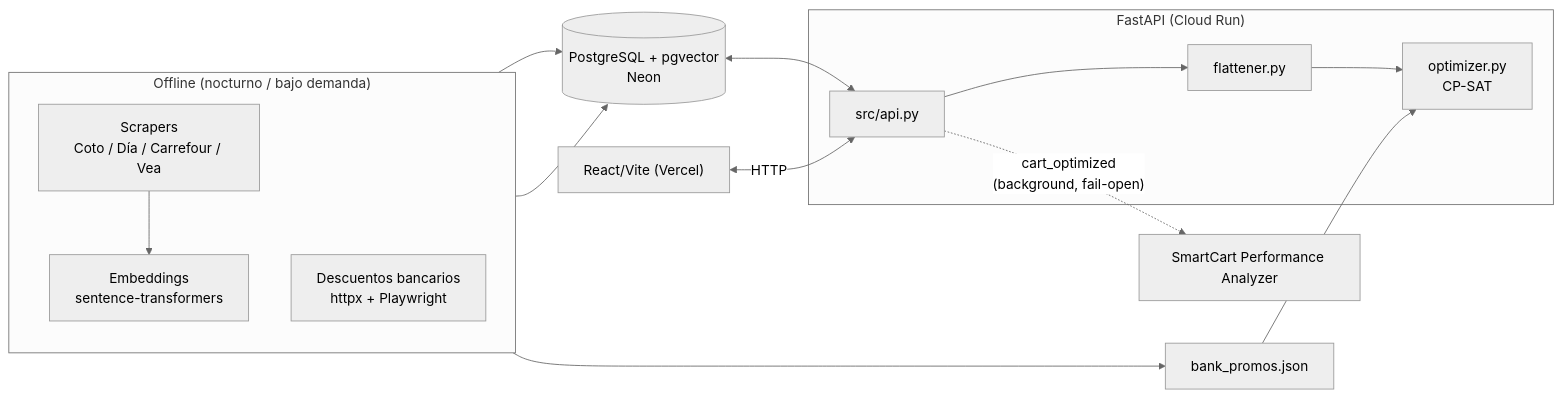
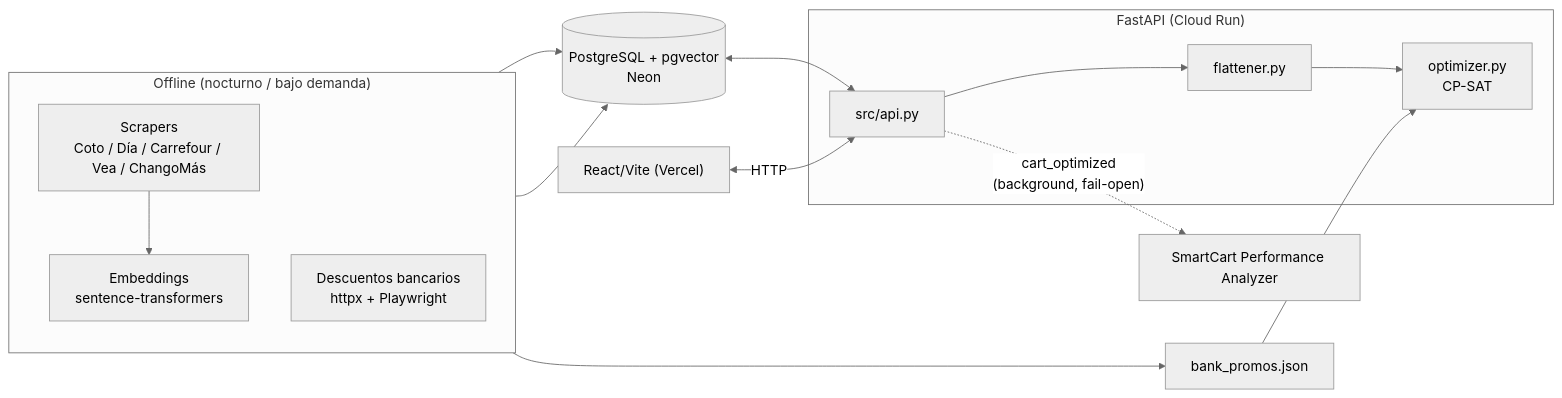
One commit to aviollaz/SmartCart changed the diagram in docs/arquitectura.md. Above: the diagram before and after it, drawn with Mermaid (neutral theme). The commit also changed other lines of this file and 27 other files, not shown here.

First line of the commit message:
feat(changomas): ChangoMás como quinta tienda

````diff
--- a/docs/arquitectura.md
+++ b/docs/arquitectura.md
@@ -25,31 +25,31 @@
 ```mermaid
 flowchart LR
     subgraph Offline["Offline (nocturno / bajo demanda)"]
         direction TB
-        SCR["Scrapers\nCoto / Día / Carrefour / Vea"]
+        SCR["Scrapers\nCoto / Día / Carrefour / Vea / ChangoMás"]
         EMB["Embeddings\nsentence-transformers"]
         BANK["Descuentos bancarios\nhttpx + Playwright"]
         SCR --> EMB
     end
 
     DB[(PostgreSQL + pgvector\nNeon)]
     SCR --> DB
     EMB --> DB
     BANK --> JSON["bank_promos.json"]
 
     subgraph Backend["FastAPI (Cloud Run)"]
         API["src/api.py"]
         FLAT["flattener.py"]
         OPT["optimizer.py\nCP-SAT"]
         API --> FLAT --> OPT
     end
 
     DB <--> API
     JSON --> OPT
 
     FE["React/Vite (Vercel)"]
     FE <-- "HTTP" --> API
 
     ANALYTICS["SmartCart Performance Analyzer"]
     API -. "cart_optimized\n(background, fail-open)" .-> ANALYTICS
 ```
````
